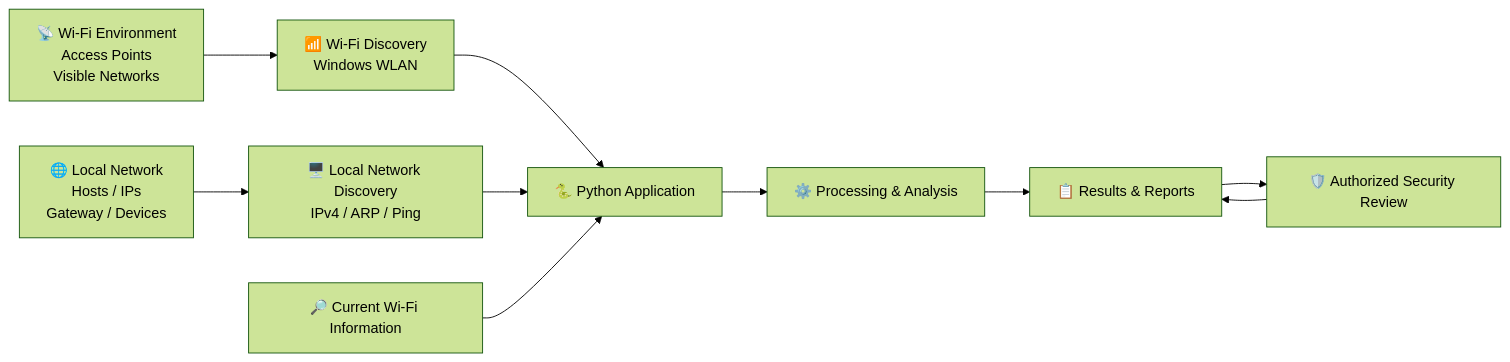
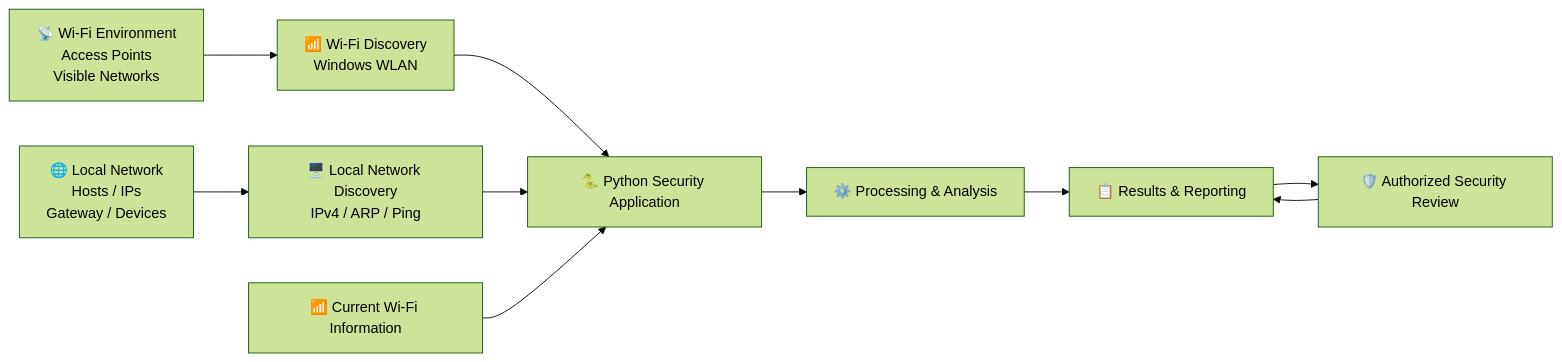
The first of 2 diagrams in README.md (chayanBisai/wifi-discovery-local-network-audit), drawn with Mermaid (forest theme) before and after one commit. The commit also changed other lines of this file, not shown here.

````diff
--- a/README.md
+++ b/README.md
@@ -125,29 +123,29 @@
 ```mermaid
 flowchart LR
 
     A["📡 Wi-Fi Environment<br/>Access Points<br/>Visible Networks"]
     B["🌐 Local Network<br/>Hosts / IPs<br/>Gateway / Devices"]
 
-    C["🐍 Python Application"]
+    C["🐍 Python Security Application"]
 
     D["📶 Wi-Fi Discovery<br/>Windows WLAN"]
     E["🖥️ Local Network Discovery<br/>IPv4 / ARP / Ping"]
-    F["🔎 Current Wi-Fi Information"]
+    F["📶 Current Wi-Fi Information"]
 
     G["⚙️ Processing & Analysis"]
-    H["📋 Results & Reports"]
+    H["📋 Results & Reporting"]
     I["🛡️ Authorized Security Review"]
 
     A --> D
     B --> E
 
     D --> C
     E --> C
     F --> C
 
     C --> G
     G --> H
     H --> I
 
     I --> H
 ```
````
